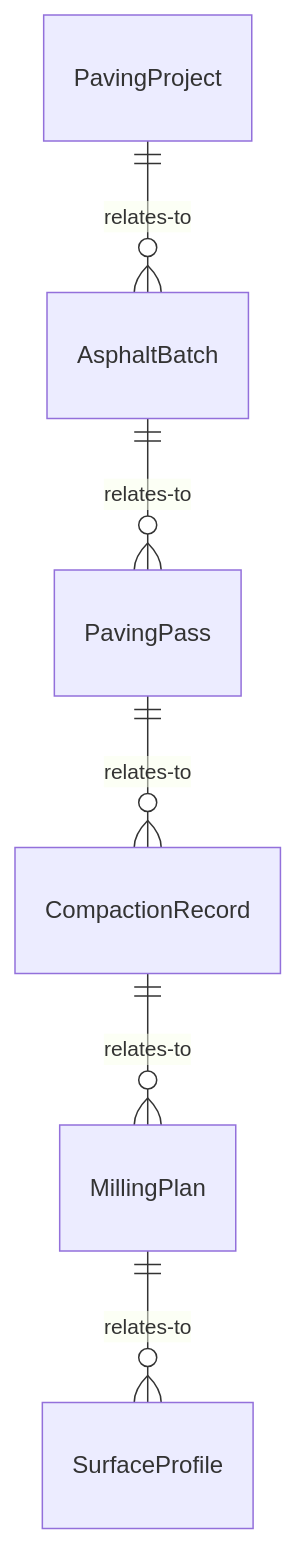
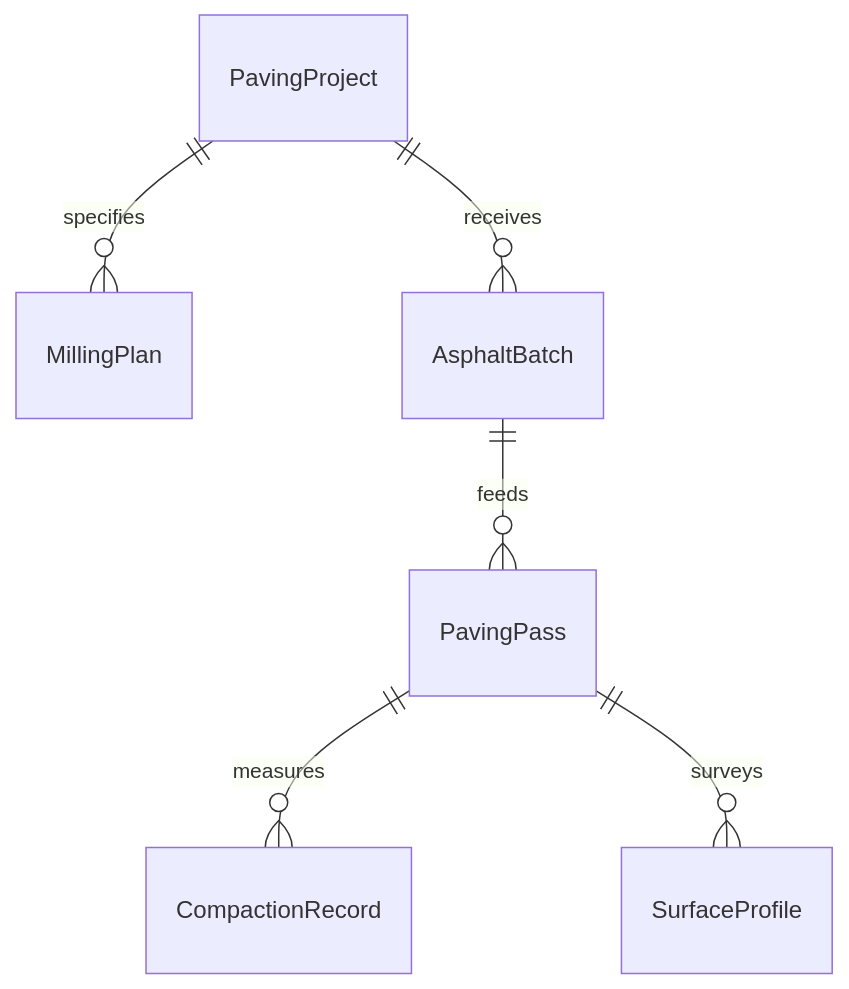
The first of 4 diagrams in ControllingMachinesAndProcesses/OperateConstructionOrExcavationEquipment/OperateRoad-surfacingEquipment.mdx (dot-org-ai/tasks.org.ai), drawn with Mermaid before and after one commit. The commit also changed other lines of this file and 515 other files, not shown here.

````diff
--- a/ControllingMachinesAndProcesses/OperateConstructionOrExcavationEquipment/OperateRoad-surfacingEquipment.mdx
+++ b/ControllingMachinesAndProcesses/OperateConstructionOrExcavationEquipment/OperateRoad-surfacingEquipment.mdx
@@ -87,8 +87,8 @@
 ```mermaid
 erDiagram
-    PavingProject ||--o{ AsphaltBatch : relates-to
-    AsphaltBatch ||--o{ PavingPass : relates-to
-    PavingPass ||--o{ CompactionRecord : relates-to
-    CompactionRecord ||--o{ MillingPlan : relates-to
-    MillingPlan ||--o{ SurfaceProfile : relates-to
+    PavingProject ||--o{ MillingPlan : specifies
+    PavingProject ||--o{ AsphaltBatch : receives
+    AsphaltBatch ||--o{ PavingPass : feeds
+    PavingPass ||--o{ CompactionRecord : measures
+    PavingPass ||--o{ SurfaceProfile : surveys
 ```
````
